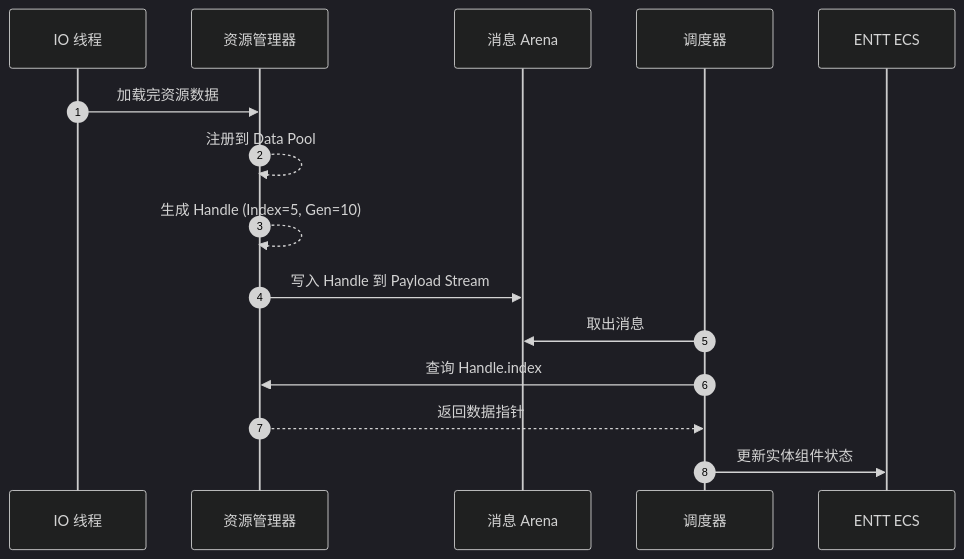
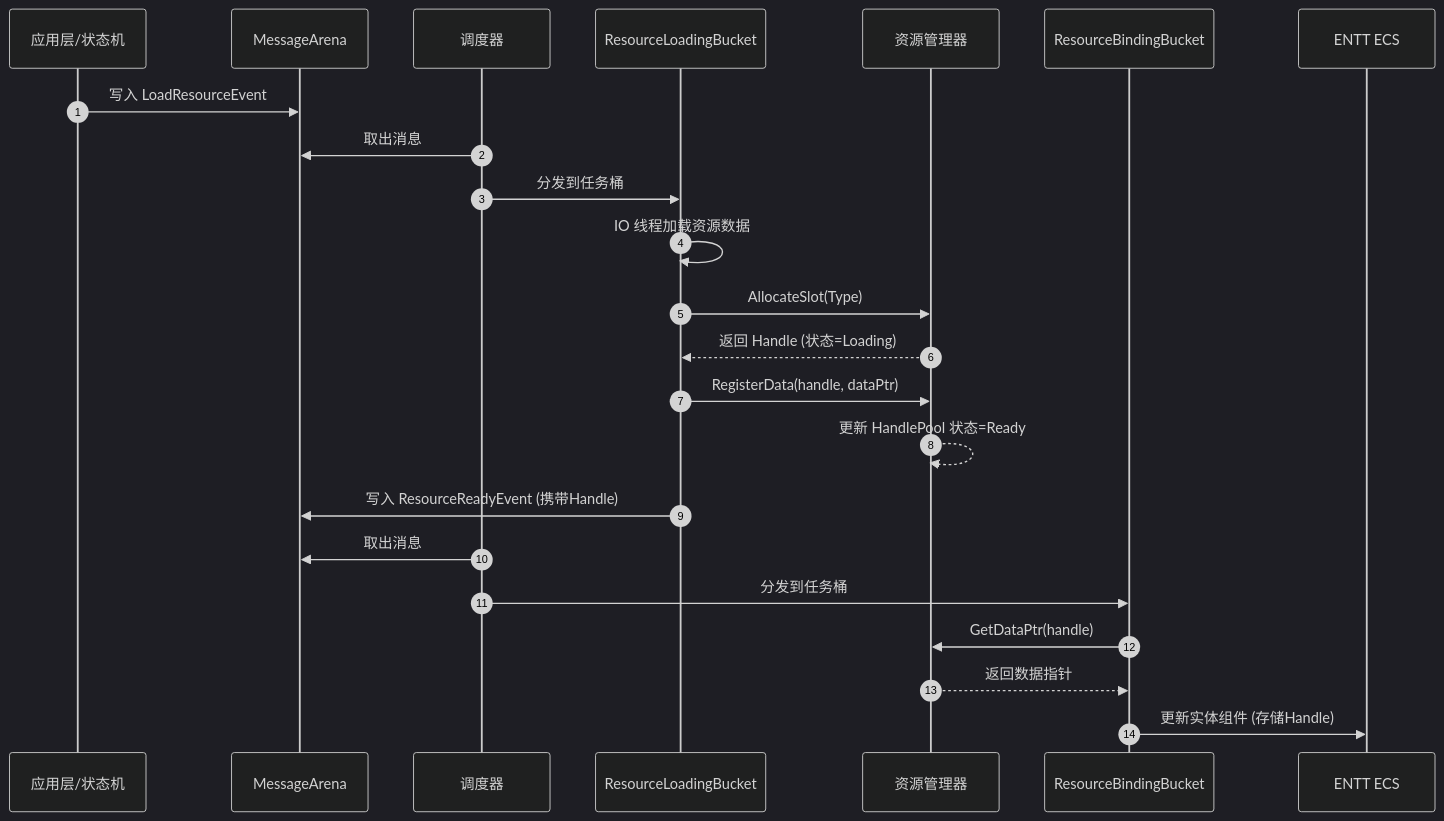
Before and after one commit to Gunxzq/blog: the third of 3 diagrams in src/posts/DX12Engine/ResourceSystem/ResourceManager.md, drawn with Mermaid (dark theme). The commit also changed other lines of this file and 3 other files, not shown here.

````diff
--- a/src/posts/DX12Engine/ResourceSystem/ResourceManager.md
+++ b/src/posts/DX12Engine/ResourceSystem/ResourceManager.md
@@ -114,18 +165,26 @@
 ```mermaid
 sequenceDiagram
     autonumber
-    participant IO as IO 线程
+    participant APP as 应用层/状态机
+    participant ARENA as MessageArena
+    participant SCHED as 调度器
+    participant TB1 as ResourceLoadingBucket
     participant RM as 资源管理器
-    participant ARENA as 消息 Arena
-    participant SCHED as 调度器
+    participant TB2 as ResourceBindingBucket
     participant ENTT as ENTT ECS
 
-    IO->>RM: 加载完资源数据
-    RM-->>RM: 注册到 Data Pool
-    RM-->>RM: 生成 Handle (Index=5, Gen=10)
-    RM->>ARENA: 写入 Handle 到 Payload Stream
+    APP->>ARENA: 写入 LoadResourceEvent
     SCHED->>ARENA: 取出消息
-    SCHED->>RM: 查询 Handle.index
-    RM-->>SCHED: 返回数据指针
-    SCHED->>ENTT: 更新实体组件状态
+    SCHED->>TB1: 分发到任务桶
+    TB1->>TB1: IO 线程加载资源数据
+    TB1->>RM: AllocateSlot(Type)
+    RM-->>TB1: 返回 Handle (状态=Loading)
+    TB1->>RM: RegisterData(handle, dataPtr)
+    RM-->>RM: 更新 HandlePool 状态=Ready
+    TB1->>ARENA: 写入 ResourceReadyEvent (携带Handle)
+    SCHED->>ARENA: 取出消息
+    SCHED->>TB2: 分发到任务桶
+    TB2->>RM: GetDataPtr(handle)
+    RM-->>TB2: 返回数据指针
+    TB2->>ENTT: 更新实体组件 (存储Handle)
 ```
````
